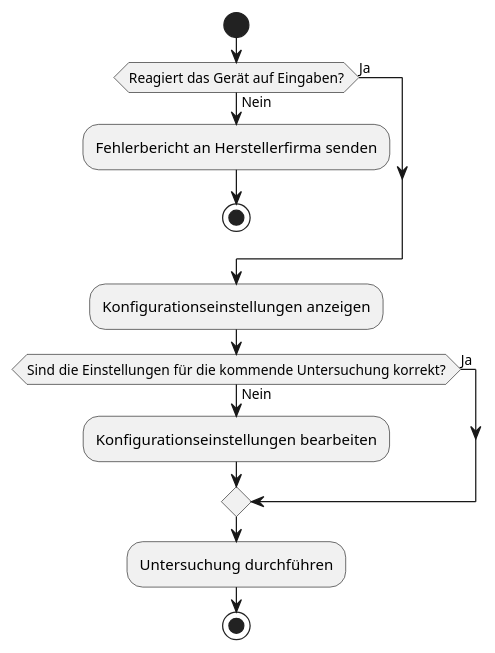
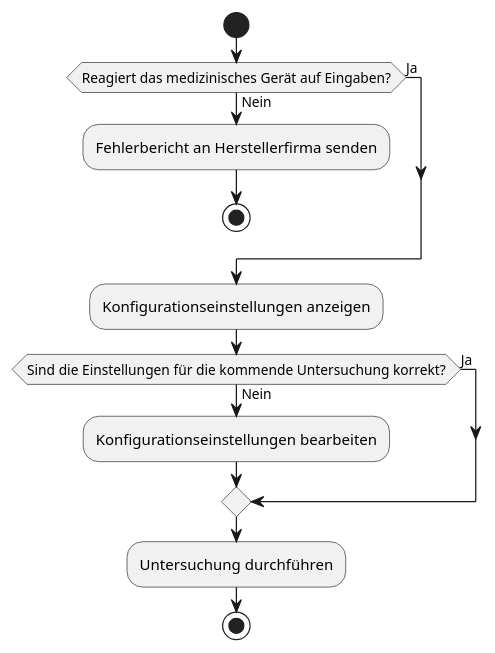
Before and after one commit to helenlaible/ss23-kba-project: the second of 11 diagrams in docs/2_planning/3_activity_diagrams.md, drawn with PlantUML.

Commit message:
Update 3_activity_diagrams.md
Fixed typo

````diff
--- a/docs/2_planning/3_activity_diagrams.md
+++ b/docs/2_planning/3_activity_diagrams.md
@@ -32,19 +32,19 @@
 ```plantuml Konfigurationseinstellungen bearbeiten
 @startuml
 start
 
-if (Reagiert das Gerät auf Eingaben?) then (Ja)
+if (Reagiert das medizinisches Gerät auf Eingaben?) then (Ja)
 else (Nein)
   :Fehlerbericht an Herstellerfirma senden;
   stop
 endif
 :Konfigurationseinstellungen anzeigen;
 if (Sind die Einstellungen für die kommende Untersuchung korrekt?) then (Ja)
 else (Nein)
   :Konfigurationseinstellungen bearbeiten;
 endif
 :Untersuchung durchführen;
 
 stop
 @enduml
 ```
````
